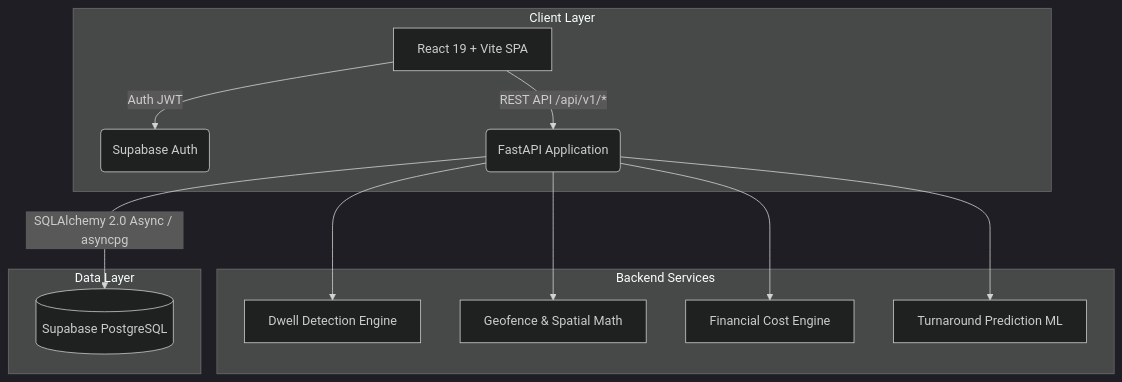
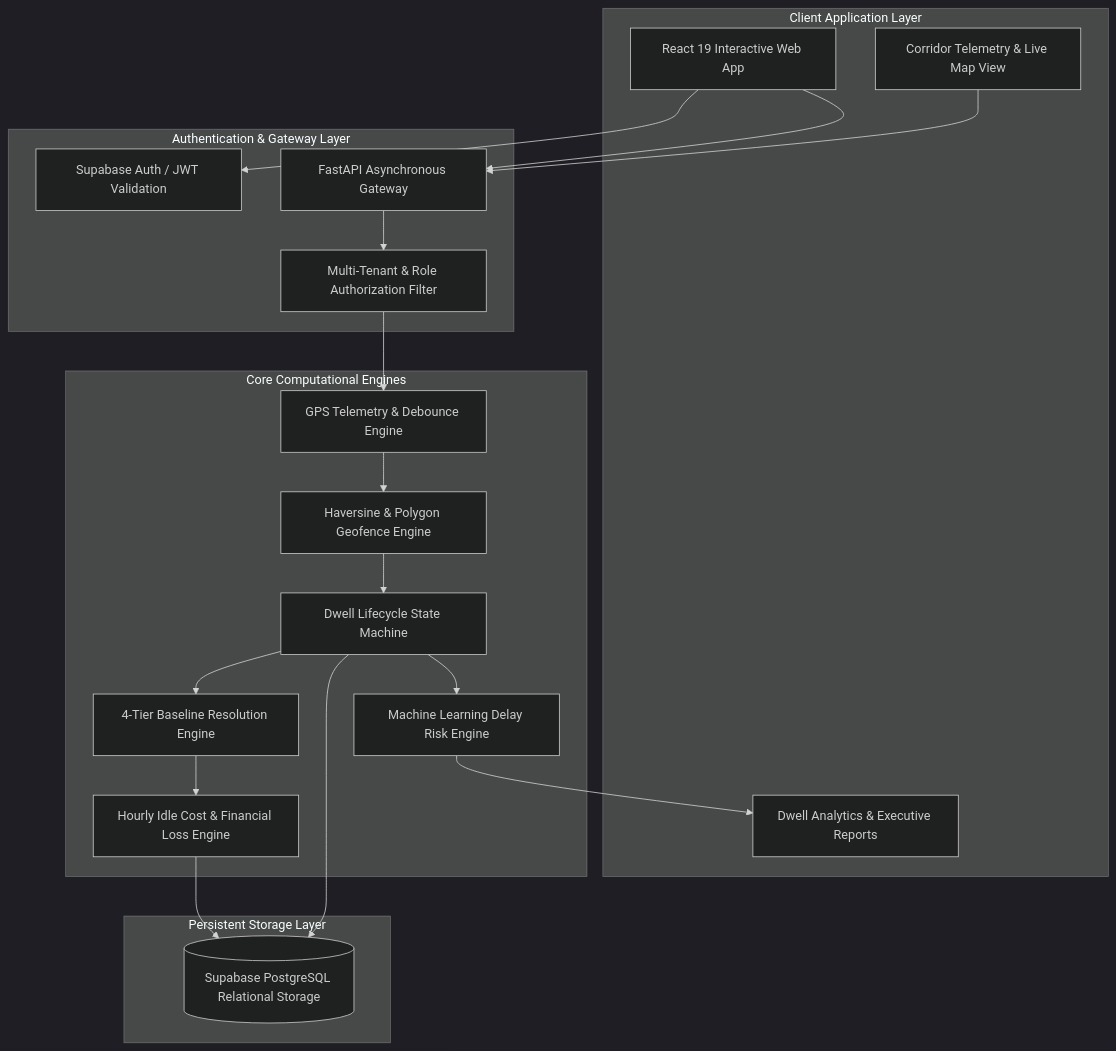
The diagram in README.md (acunetix2/Turnaround), drawn with Mermaid (dark theme) before and after one commit. The commit also changed other lines of this file, not shown here.

Commit message:
docs: restructure README to focus on architecture and system modules

````diff
--- a/README.md
+++ b/README.md
@@ -43,18 +31,41 @@
 ```mermaid
-graph TD
-    subgraph Client Layer
-        A[React 19 + Vite SPA] -->|Auth JWT| B(Supabase Auth)
-        A -->|REST API /api/v1/*| C(FastAPI Application)
+graph TB
+    subgraph Client Application Layer
+        UI[React 19 Interactive Web App]
+        Map[Corridor Telemetry & Live Map View]
+        AnalyticsUI[Dwell Analytics & Executive Reports]
     end
 
-    subgraph Backend Services
-        C --> D[Dwell Detection Engine]
-        C --> E[Geofence & Spatial Math]
-        C --> F[Financial Cost Engine]
-        C --> G[Turnaround Prediction ML]
+    subgraph Authentication & Gateway Layer
+        Auth[Supabase Auth / JWT Validation]
+        API[FastAPI Asynchronous Gateway]
+        RBAC[Multi-Tenant & Role Authorization Filter]
     end
 
-    subgraph Data Layer
-        C -->|SQLAlchemy 2.0 Async / asyncpg| H[(Supabase PostgreSQL)]
+    subgraph Core Computational Engines
+        DebounceEngine[GPS Telemetry & Debounce Engine]
+        GeofenceEngine[Haversine & Polygon Geofence Engine]
+        DwellEngine[Dwell Lifecycle State Machine]
+        ResolutionEngine[4-Tier Baseline Resolution Engine]
+        FinancialEngine[Hourly Idle Cost & Financial Loss Engine]
+        PredictionEngine[Machine Learning Delay Risk Engine]
     end
+
+    subgraph Persistent Storage Layer
+        PostgreSQL[(Supabase PostgreSQL Relational Storage)]
+    end
+
+    UI --> Auth
+    UI --> API
+    API --> RBAC
+    RBAC --> DebounceEngine
+    DebounceEngine --> GeofenceEngine
+    GeofenceEngine --> DwellEngine
+    DwellEngine --> ResolutionEngine
+    ResolutionEngine --> FinancialEngine
+    DwellEngine --> PredictionEngine
+    PredictionEngine --> AnalyticsUI
+    FinancialEngine --> PostgreSQL
+    DwellEngine --> PostgreSQL
+    Map --> API
 ```
````
